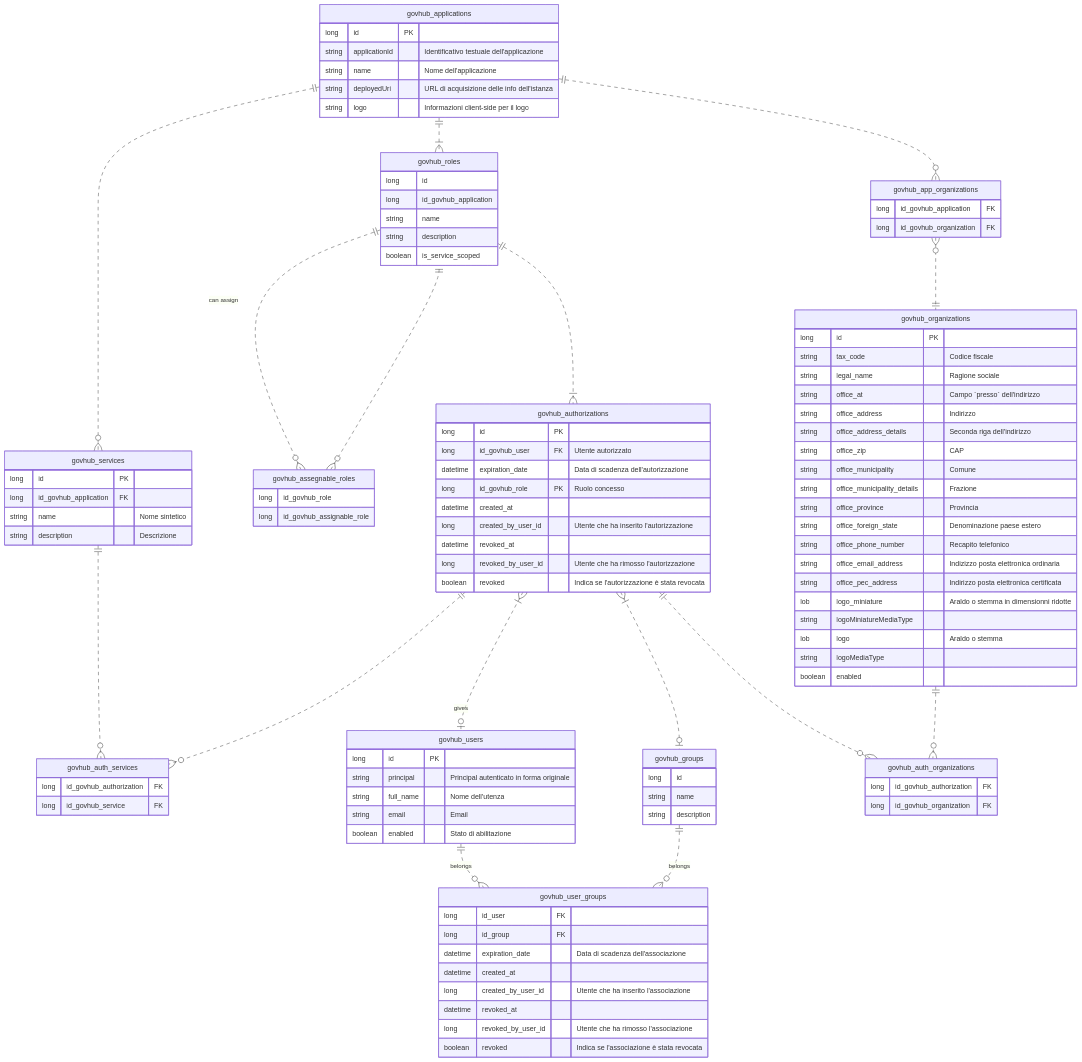
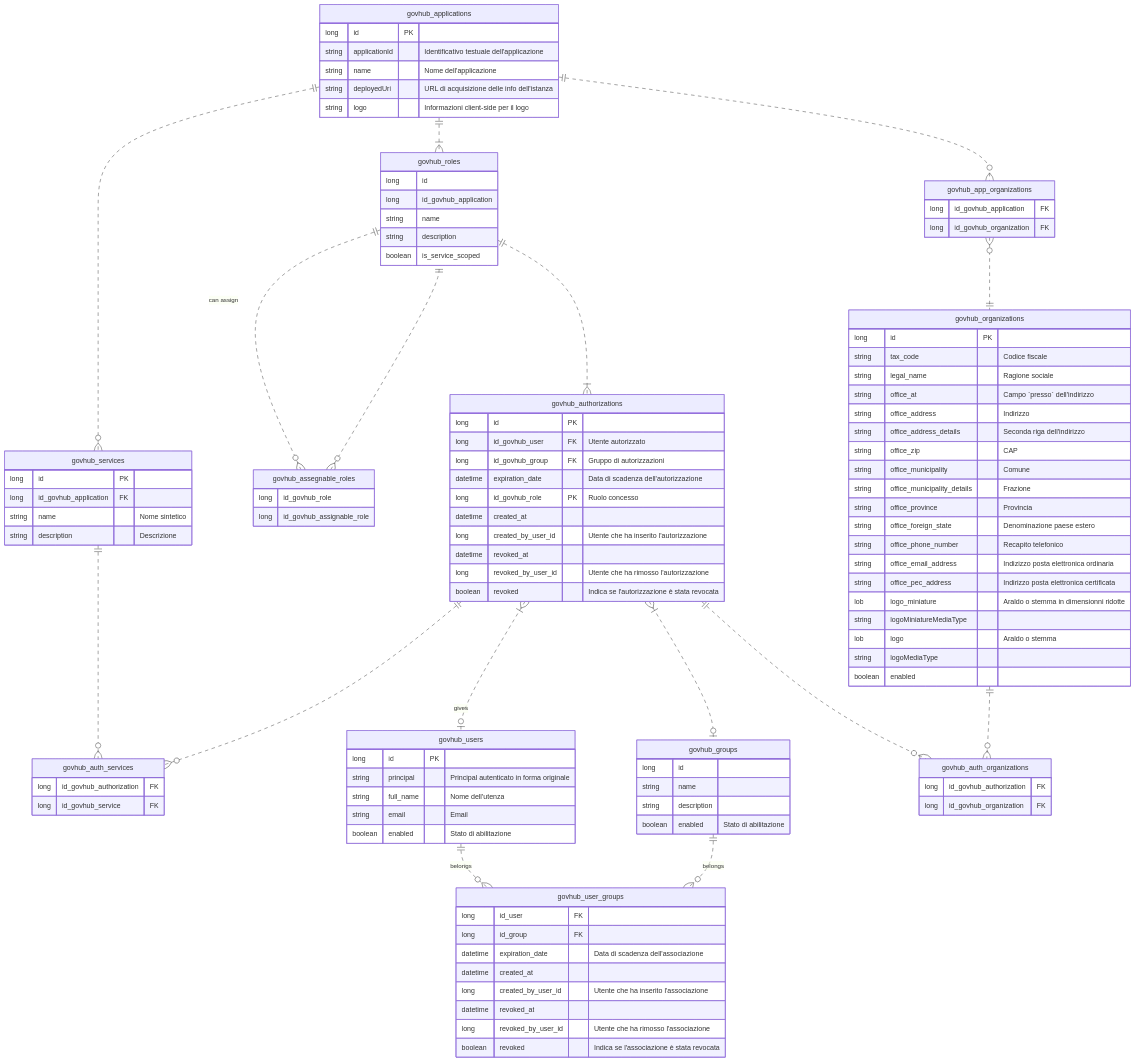
The diagram in specifiche-tecniche/schema-dati.md (link-it/govregistry-docs), drawn with Mermaid before and after one commit.

Commit message:
Aggiunta FK tra Autorizzazioni e Gruppi e Enabled a gruppi

```diff
--- a/specifiche-tecniche/schema-dati.md
+++ b/specifiche-tecniche/schema-dati.md
@@ -27,6 +27,7 @@
         long id
         string name
         string description
+        boolean enabled "Stato di abilitazione"
     }
 
     govhub_user_groups {
@@ -50,6 +51,7 @@
     govhub_authorizations {
         long id PK
         long id_govhub_user FK "Utente autorizzato"
+        long id_govhub_group FK "Gruppo di autorizzazioni"
         datetime expiration_date "Data di scadenza dell'autorizzazione"
         long id_govhub_role PK "Ruolo concesso"
         datetime created_at
```
